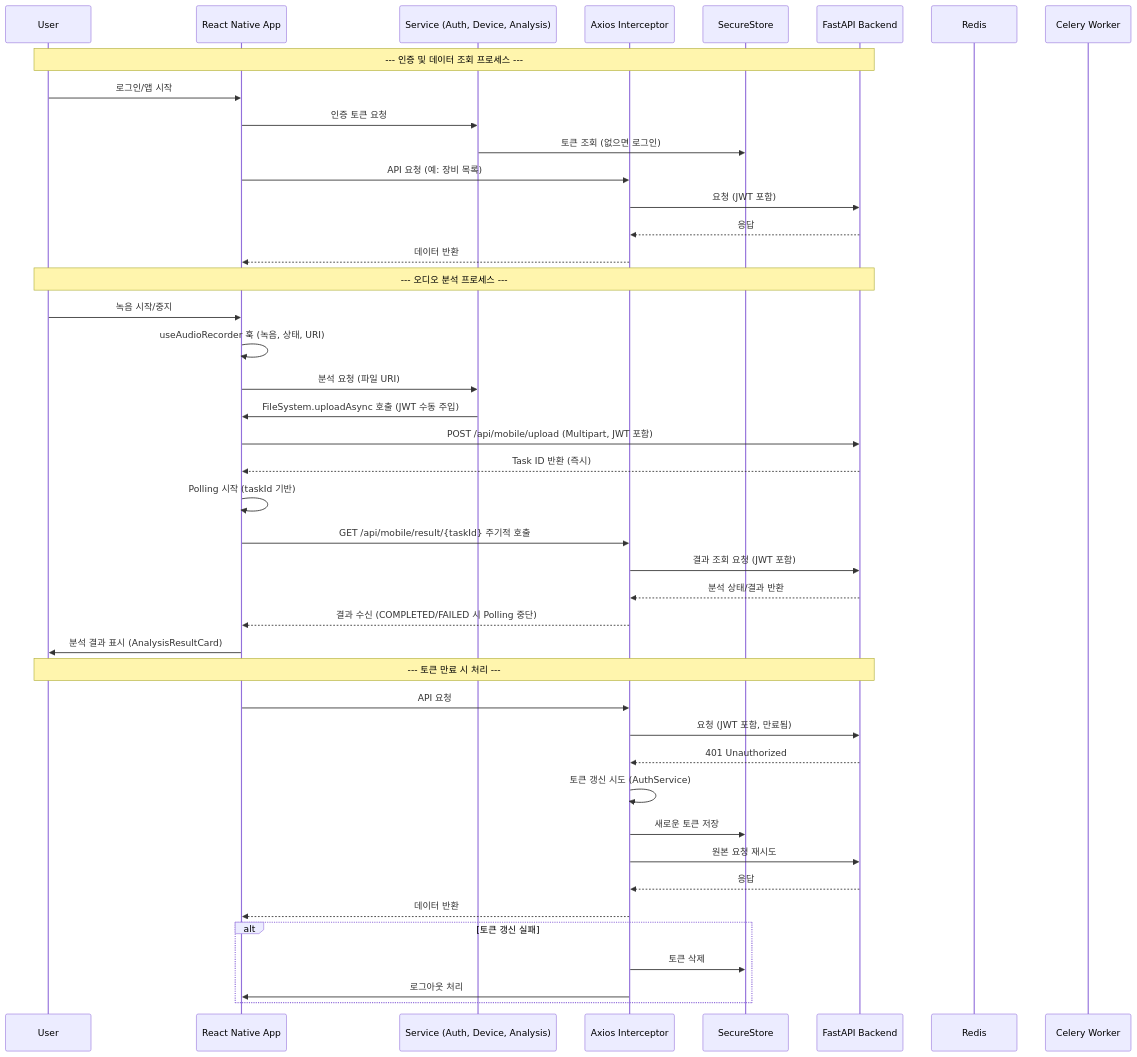
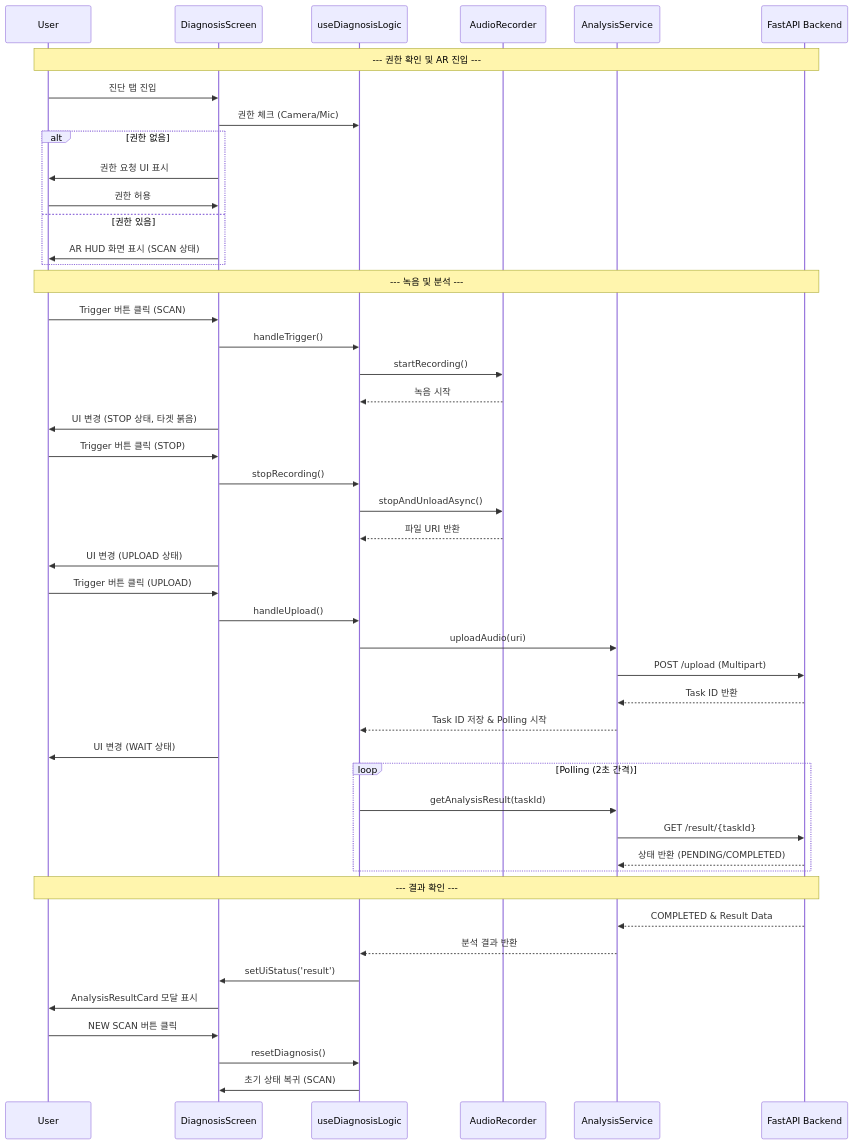
Before and after one commit to kimjuyoung1127/signalcraftapp: the fifth of 6 diagrams in docs/architecture.md, drawn with Mermaid. The commit also changed other lines of this file and 20 other files, not shown here.

````diff
--- a/docs/architecture.md
+++ b/docs/architecture.md
@@ -210,48 +145,56 @@
 ```mermaid
 sequenceDiagram
     participant U as User
-    participant RN as React Native App
-    participant SV as Service (Auth, Device, Analysis)
-    participant AX as Axios Interceptor
-    participant SEC as SecureStore
+    participant RN as DiagnosisScreen
+    participant HK as useDiagnosisLogic
+    participant RC as AudioRecorder
+    participant SV as AnalysisService
     participant FP as FastAPI Backend
-    participant RD as Redis
-    participant CL as Celery Worker
 
-    Note over U,FP: --- 인증 및 데이터 조회 프로세스 ---
-    U->>RN: 로그인/앱 시작
-    RN->>SV: 인증 토큰 요청
-    SV->>SEC: 토큰 조회 (없으면 로그인)
-    RN->>AX: API 요청 (예: 장비 목록)
-    AX->>FP: 요청 (JWT 포함)
-    FP-->>AX: 응답
-    AX-->>RN: 데이터 반환
+    Note over U,FP: --- 권한 확인 및 AR 진입 ---
+    U->>RN: 진단 탭 진입
+    RN->>HK: 권한 체크 (Camera/Mic)
+    alt 권한 없음
+        RN->>U: 권한 요청 UI 표시
+        U->>RN: 권한 허용
+    else 권한 있음
+        RN->>U: AR HUD 화면 표시 (SCAN 상태)
+    end
 
-    Note over U,FP: --- 오디오 분석 프로세스 ---
-    U->>RN: 녹음 시작/중지
-    RN->>RN: useAudioRecorder 훅 (녹음, 상태, URI)
-    RN->>SV: 분석 요청 (파일 URI)
-    SV->>RN: FileSystem.uploadAsync 호출 (JWT 수동 주입)
-    RN->>FP: POST /api/mobile/upload (Multipart, JWT 포함)
-    FP-->>RN: Task ID 반환 (즉시)
-    RN->>RN: Polling 시작 (taskId 기반)
-    RN->>AX: GET /api/mobile/result/{taskId} 주기적 호출
-    AX->>FP: 결과 조회 요청 (JWT 포함)
-    FP-->>AX: 분석 상태/결과 반환
-    AX-->>RN: 결과 수신 (COMPLETED/FAILED 시 Polling 중단)
-    RN->>U: 분석 결과 표시 (AnalysisResultCard)
+    Note over U,FP: --- 녹음 및 분석 ---
+    U->>RN: Trigger 버튼 클릭 (SCAN)
+    RN->>HK: handleTrigger()
+    HK->>RC: startRecording()
+    RC-->>HK: 녹음 시작
+    RN->>U: UI 변경 (STOP 상태, 타겟 붉음)
 
-    Note over U,FP: --- 토큰 만료 시 처리 ---
-    RN->>AX: API 요청
-    AX->>FP: 요청 (JWT 포함, 만료됨)
-    FP-->>AX: 401 Unauthorized
-    AX->>AX: 토큰 갱신 시도 (AuthService)
-    AX->>SEC: 새로운 토큰 저장
-    AX->>FP: 원본 요청 재시도
-    FP-->>AX: 응답
-    AX-->>RN: 데이터 반환
-    alt 토큰 갱신 실패
-        AX->>SEC: 토큰 삭제
-        AX->>RN: 로그아웃 처리
+    U->>RN: Trigger 버튼 클릭 (STOP)
+    RN->>HK: stopRecording()
+    HK->>RC: stopAndUnloadAsync()
+    RC-->>HK: 파일 URI 반환
+    RN->>U: UI 변경 (UPLOAD 상태)
+
+    U->>RN: Trigger 버튼 클릭 (UPLOAD)
+    RN->>HK: handleUpload()
+    HK->>SV: uploadAudio(uri)
+    SV->>FP: POST /upload (Multipart)
+    FP-->>SV: Task ID 반환
+    SV-->>HK: Task ID 저장 & Polling 시작
+    RN->>U: UI 변경 (WAIT 상태)
+
+    loop Polling (2초 간격)
+        HK->>SV: getAnalysisResult(taskId)
+        SV->>FP: GET /result/{taskId}
+        FP-->>SV: 상태 반환 (PENDING/COMPLETED)
     end
+
+    Note over U,FP: --- 결과 확인 ---
+    FP-->>SV: COMPLETED & Result Data
+    SV-->>HK: 분석 결과 반환
+    HK->>RN: setUiStatus('result')
+    RN->>U: AnalysisResultCard 모달 표시
+
+    U->>RN: NEW SCAN 버튼 클릭
+    RN->>HK: resetDiagnosis()
+    HK->>RN: 초기 상태 복귀 (SCAN)
 ```
````
